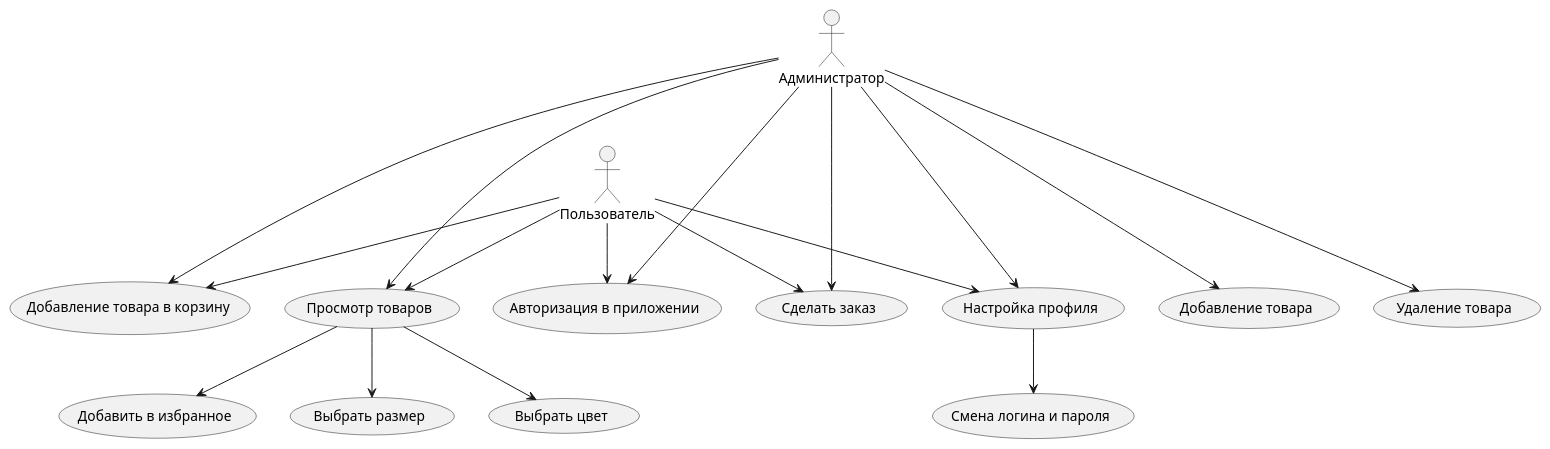
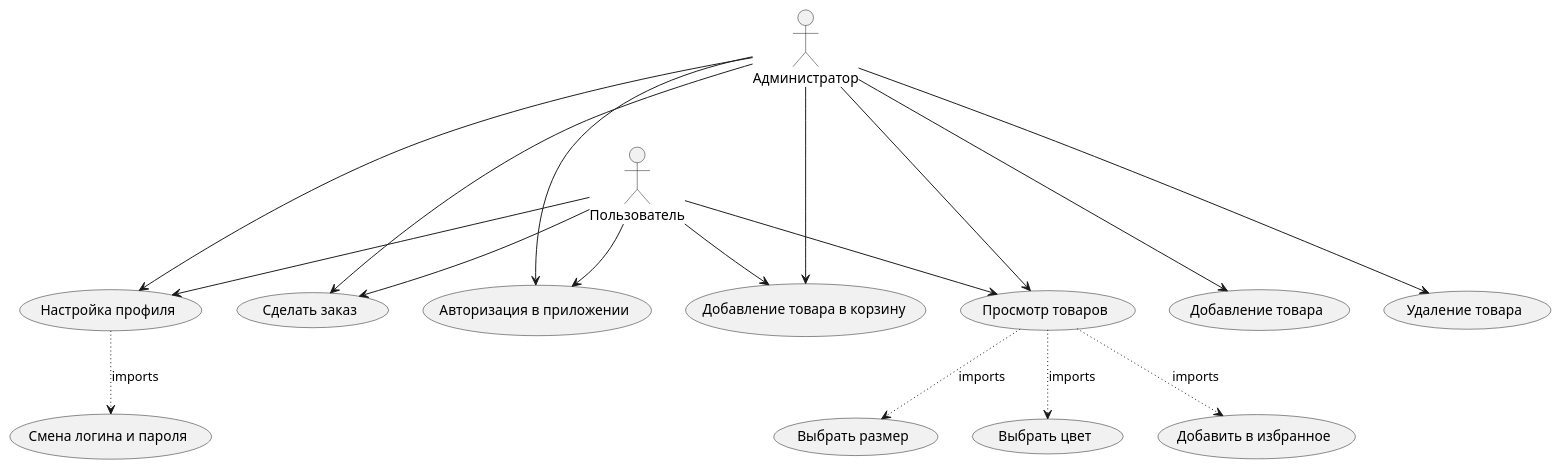
The diagram in documentation/use_case/UseCaseDiagram.puml (stanislawcs/blunk_shop), drawn with PlantUML before and after one commit. The commit also changed 2 other files, not shown here.

Commit message:
fix usecase diagram

```diff
--- a/documentation/use_case/UseCaseDiagram.puml
+++ b/documentation/use_case/UseCaseDiagram.puml
@@ -1,44 +1,44 @@
 @startuml
 'https://plantuml.com/use-case-diagram
 
 :Администратор: as Admin
 :Пользователь: as User
 (Авторизация в приложении) as (Authorization)
 (Сделать заказ) as (Ordering)
 (Настройка профиля) as (Profile)
 (Смена логина и пароля) as (InformationChanging)
 (Добавление товара в корзину) as (AddToCart)
 (Добавление товара) as (AddItem)
 (Удаление товара) as (DeleteItem)
 (Просмотр товаров) as (ItemsWatching)
 (Выбрать размер) as (ChooseSize)
 (Выбрать цвет) as (ChooseColor)
 (Добавить в избранное) as (AddToFavorites)
 
 
 User --> (Authorization)
 Admin ---> (Authorization)
 
 User --> (Ordering)
 Admin --->(Ordering)
 
 User --> (Profile)
 Admin ---> (Profile)
 
 User --> (AddToCart)
 Admin ---> (AddToCart)
 
 Admin ---> (AddItem)
 Admin ---> (DeleteItem)
 
 Admin ---> (ItemsWatching)
 User --> (ItemsWatching)
 
 
-(ItemsWatching) --> (ChooseColor)
-(ItemsWatching) --> (ChooseSize)
-(ItemsWatching) --> (AddToFavorites)
+(ItemsWatching) -[dotted]-> (ChooseColor):imports
+(ItemsWatching) -[dotted]-> (ChooseSize):imports
+(ItemsWatching) -[dotted]-> (AddToFavorites):imports
 
-(Profile) --> (InformationChanging)
+(Profile) -[dotted]-> (InformationChanging):imports
 
 @enduml
```
